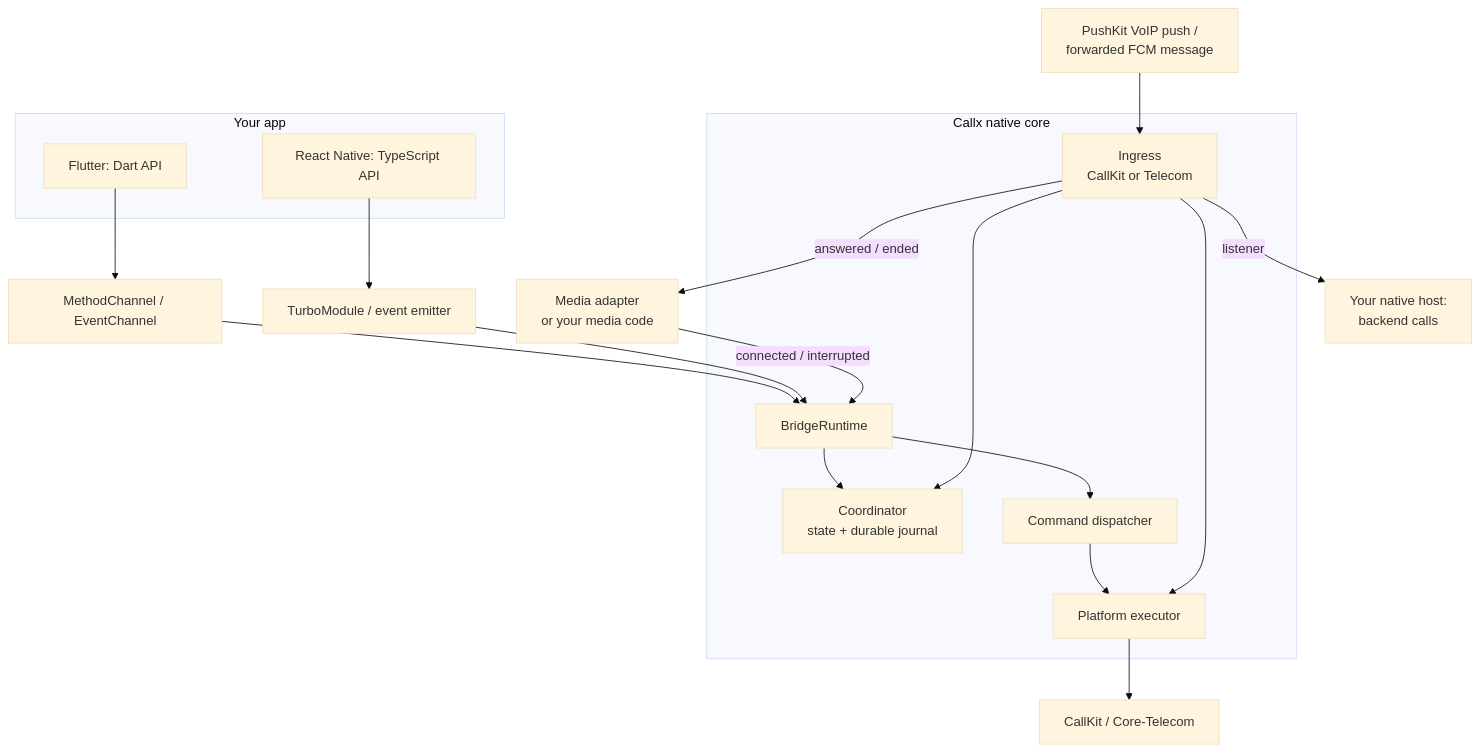
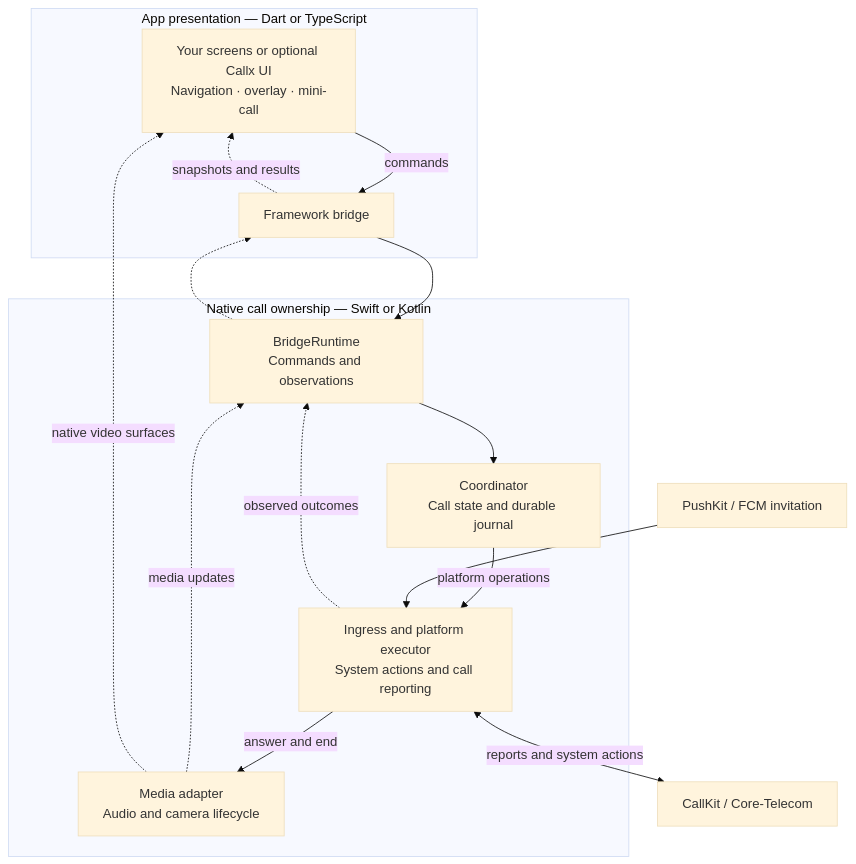
Before and after one commit to bear-block/callx: the first of 3 diagrams in website/concepts/architecture.md, drawn with Mermaid (base theme). The commit also changed other lines of this file and 4 other files, not shown here.

Commit message:
docs: clarify development features and provider roadmap across website

````diff
--- a/website/concepts/architecture.md
+++ b/website/concepts/architecture.md
@@ -12,27 +15,25 @@
 ```mermaid
-flowchart TD
-  subgraph App["Your app"]
-    Dart[Flutter: Dart API]
-    TS[React Native: TypeScript API]
+flowchart TB
+  subgraph App["App presentation — Dart or TypeScript"]
+    UI["Your screens or optional Callx UI<br/>Navigation · overlay · mini-call"]
+    Bridge["Framework bridge"]
+    UI -->|commands| Bridge
+    Bridge -.->|snapshots and results| UI
   end
-  Dart --> FB[MethodChannel / EventChannel]
-  TS --> RB[TurboModule / event emitter]
-  FB --> Runtime
-  RB --> Runtime
-  subgraph Core["Callx native core"]
-    Runtime[BridgeRuntime]
-    Coord[Coordinator<br/>state + durable journal]
-    Disp[Command dispatcher]
-    Ingress[Ingress<br/>CallKit or Telecom]
-    Exec[Platform executor]
+  subgraph Native["Native call ownership — Swift or Kotlin"]
+    Runtime["BridgeRuntime<br/>Commands and observations"]
+    Coord["Coordinator<br/>Call state and durable journal"]
+    Platform["Ingress and platform executor<br/>System actions and call reporting"]
+    Media["Media adapter<br/>Audio and camera lifecycle"]
+    Runtime --> Coord
+    Coord -->|platform operations| Platform
+    Platform -.->|observed outcomes| Runtime
+    Platform -->|answer and end| Media
+    Media -.->|media updates| Runtime
   end
-  Runtime --> Coord
-  Runtime --> Disp --> Exec
-  Push[PushKit VoIP push /<br/>forwarded FCM message] --> Ingress
-  Ingress --> Coord
-  Ingress --> Exec
-  Exec --> OS[CallKit / Core-Telecom]
-  Ingress -- answered / ended --> Media[Media adapter<br/>or your media code]
-  Media -- connected / interrupted --> Runtime
-  Ingress -- listener --> Host[Your native host:<br/>backend calls]
+  Bridge --> Runtime
+  Runtime -.-> Bridge
+  Push["PushKit / FCM invitation"] --> Platform
+  Platform <-->|reports and system actions| OS["CallKit / Core-Telecom"]
+  Media -.->|native video surfaces| UI
 ```
````
